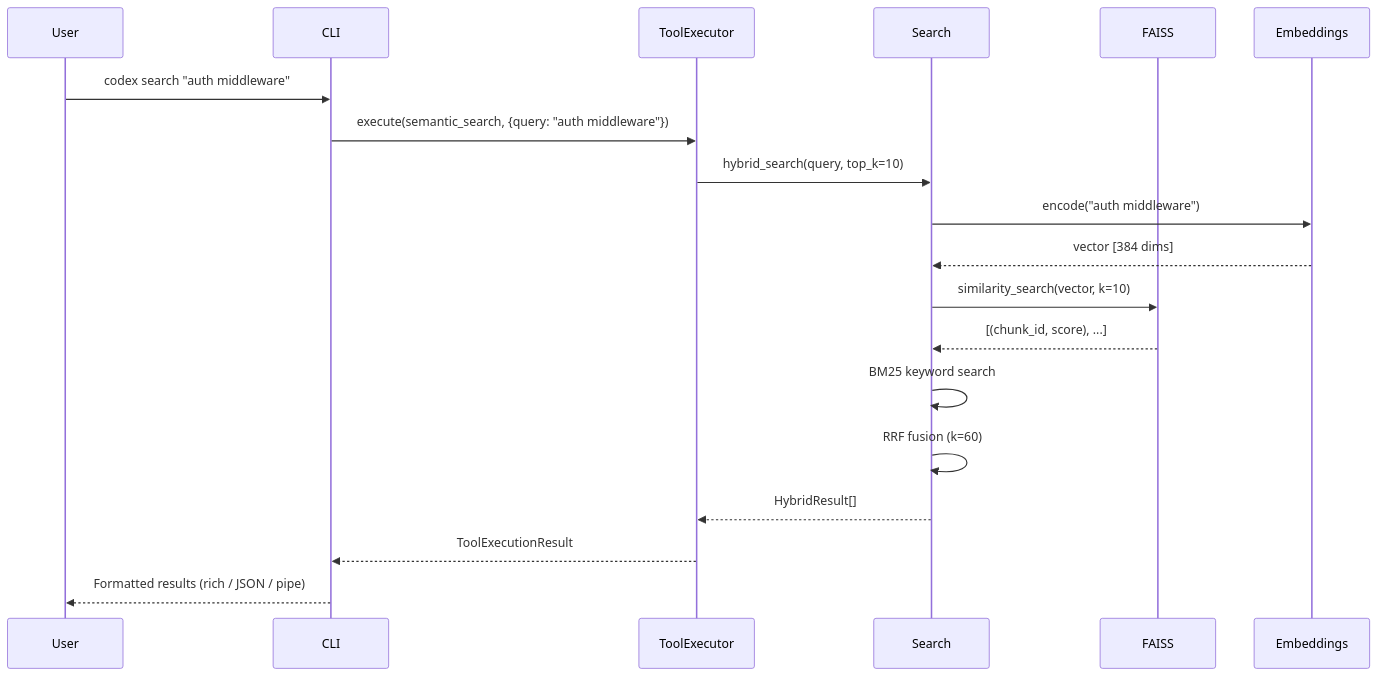
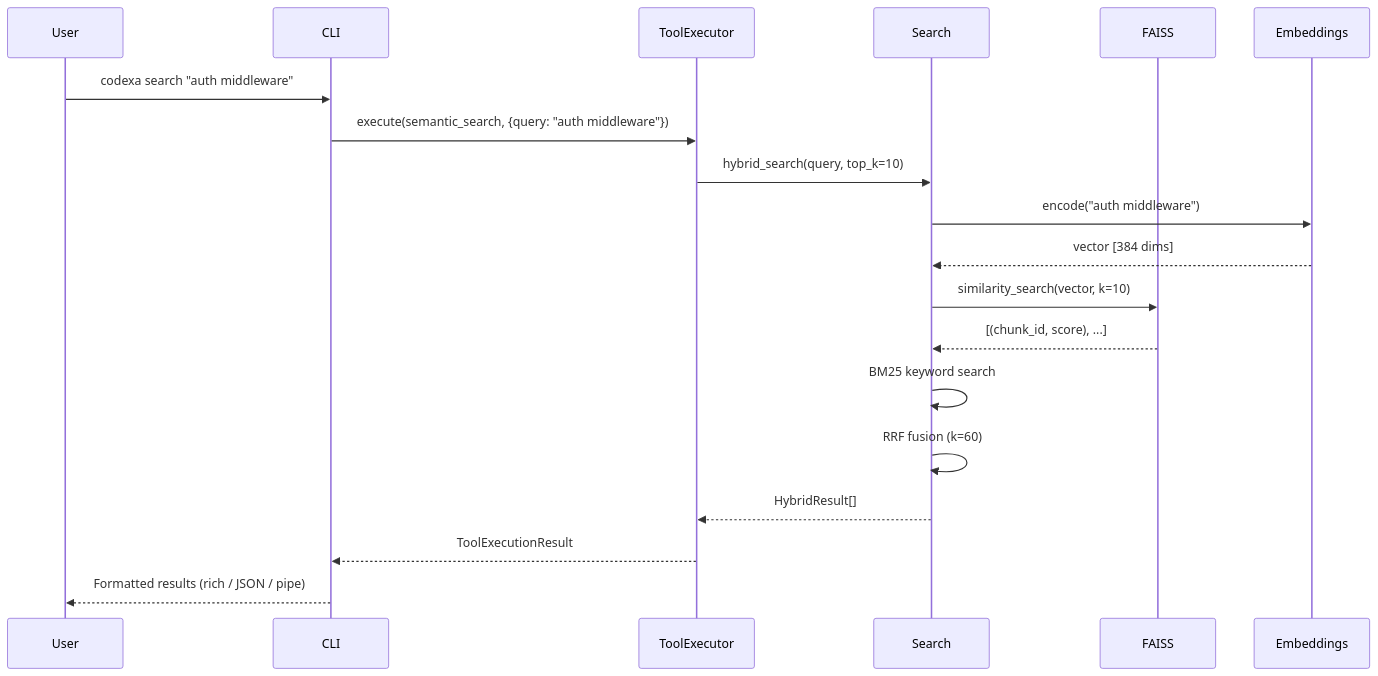
Before and after one commit to M9nx/CodexA: the second of 3 diagrams in docs/reference/architecture.md, drawn with Mermaid. The commit also changed 111 other files, not shown here.

First line of the commit message:
rename: CLI command codex -> codexa to avoid collision with OpenAI Codex CLI

````diff
--- a/docs/reference/architecture.md
+++ b/docs/reference/architecture.md
@@ -140,22 +140,22 @@
 ```mermaid
 sequenceDiagram
     participant User
     participant CLI
     participant ToolExecutor
     participant Search
     participant FAISS
     participant Embeddings
 
-    User->>CLI: codex search "auth middleware"
+    User->>CLI: codexa search "auth middleware"
     CLI->>ToolExecutor: execute(semantic_search, {query: "auth middleware"})
     ToolExecutor->>Search: hybrid_search(query, top_k=10)
     Search->>Embeddings: encode("auth middleware")
     Embeddings-->>Search: vector [384 dims]
     Search->>FAISS: similarity_search(vector, k=10)
     FAISS-->>Search: [(chunk_id, score), ...]
     Search->>Search: BM25 keyword search
     Search->>Search: RRF fusion (k=60)
     Search-->>ToolExecutor: HybridResult[]
     ToolExecutor-->>CLI: ToolExecutionResult
     CLI-->>User: Formatted results (rich / JSON / pipe)
 ```
````
